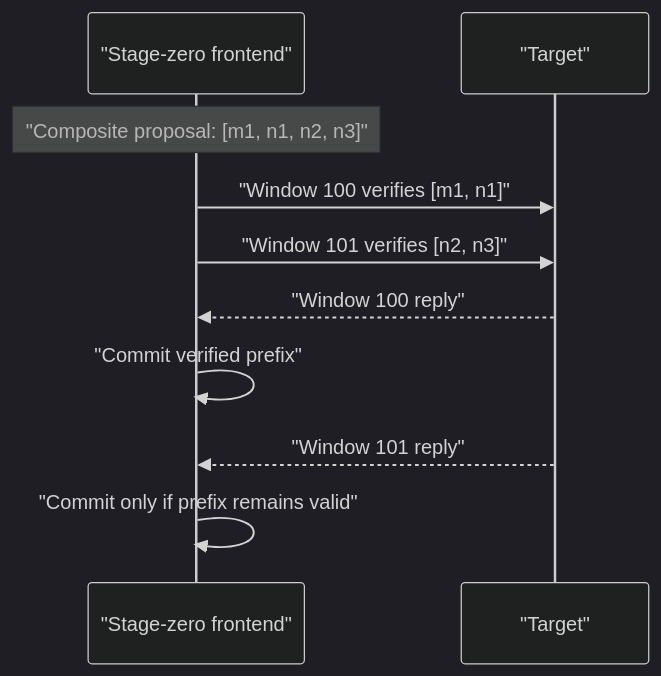
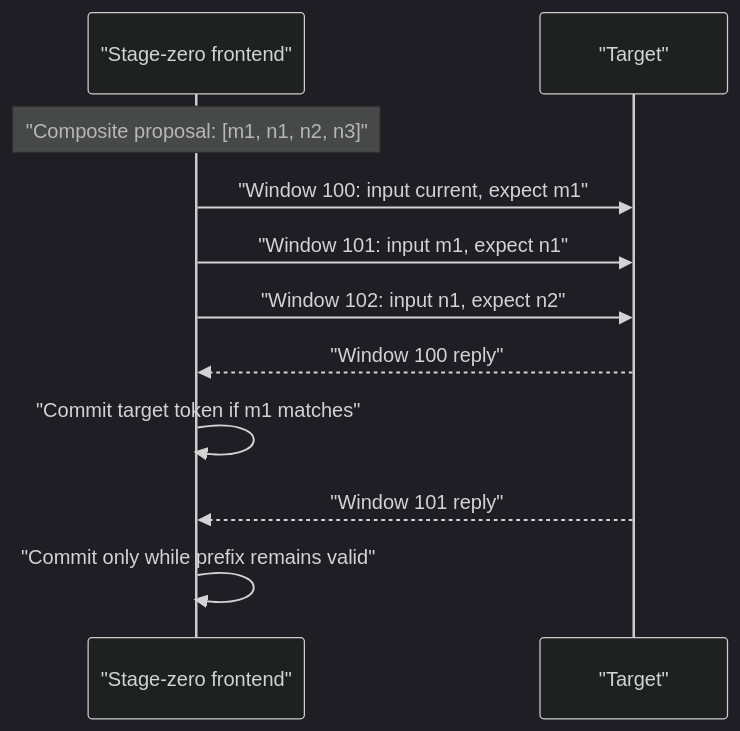
The sixth of 8 diagrams in docs/skippy/PIPELINED_VERIFY_WINDOW.md (B-A-M-N/mesh-llm), drawn with Mermaid (dark theme) before and after one commit. The commit also changed other lines of this file and 33 other files, not shown here.

````diff
--- a/docs/skippy/PIPELINED_VERIFY_WINDOW.md
+++ b/docs/skippy/PIPELINED_VERIFY_WINDOW.md
@@ -151,12 +216,13 @@
 ```mermaid
 sequenceDiagram
   participant F as "Stage-zero frontend"
   participant T as "Target"
   Note over F: "Composite proposal: [m1, n1, n2, n3]"
-  F->>T: "Window 100 verifies [m1, n1]"
-  F->>T: "Window 101 verifies [n2, n3]"
+  F->>T: "Window 100: input current, expect m1"
+  F->>T: "Window 101: input m1, expect n1"
+  F->>T: "Window 102: input n1, expect n2"
   T-->>F: "Window 100 reply"
-  F->>F: "Commit verified prefix"
+  F->>F: "Commit target token if m1 matches"
   T-->>F: "Window 101 reply"
-  F->>F: "Commit only if prefix remains valid"
+  F->>F: "Commit only while prefix remains valid"
 ```
````
